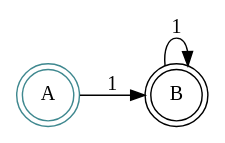
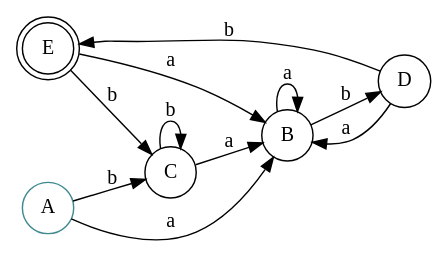
The diagram in Entrega final/NFD_Actual.gv (josepablito16/Regex-Engine), drawn with Graphviz before and after one commit. The commit also changed 6 other files, not shown here.

```diff
--- a/Entrega final/NFD_Actual.gv
+++ b/Entrega final/NFD_Actual.gv
@@ -1,10 +1,17 @@
 digraph finite_state_machine {
 	rankdir=LR size="8,5"
 	node [shape=doublecircle]
-	A
-	B
+	E
 	node [shape=circle]
 	A [color="#3F888F"]
-	A -> B [label=1]
-	B -> B [label=1]
+	A -> B [label=a]
+	A -> C [label=b]
+	B -> B [label=a]
+	B -> D [label=b]
+	C -> B [label=a]
+	C -> C [label=b]
+	D -> B [label=a]
+	D -> E [label=b]
+	E -> B [label=a]
+	E -> C [label=b]
 }
```
